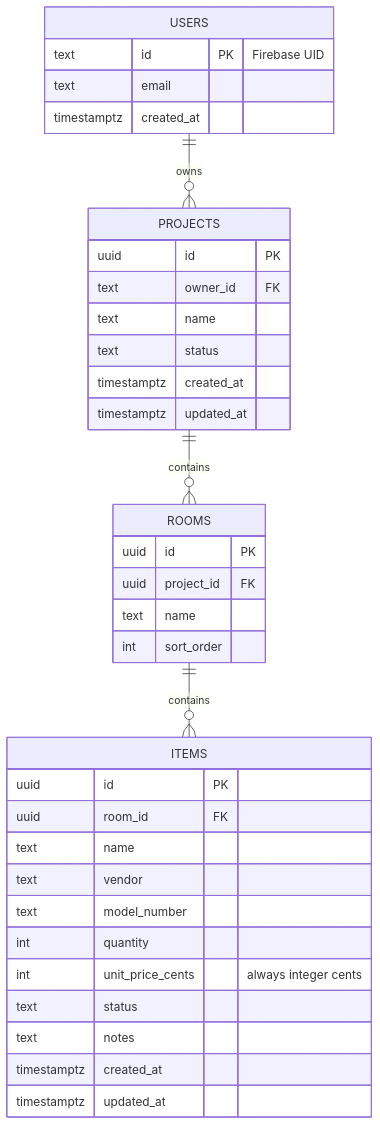
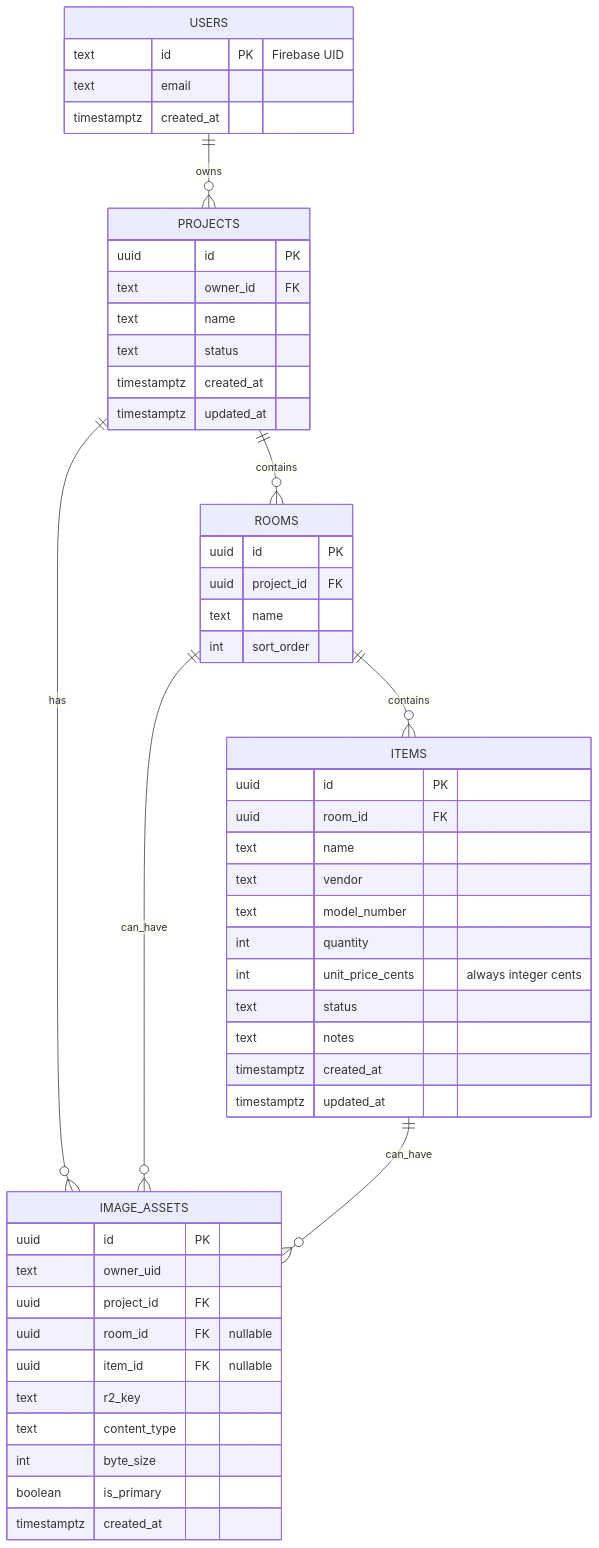
Before and after one commit to cweber12/ff-e-builder: the fourth of 4 diagrams in docs/architecture.md, drawn with Mermaid. The commit also changed other lines of this file and 17 other files, not shown here.

First line of the commit message:
feat(images): add uploadable image frames across project views

````diff
--- a/docs/architecture.md
+++ b/docs/architecture.md
@@ -92,42 +101,58 @@
 ```mermaid
 erDiagram
   USERS {
     text id PK "Firebase UID"
     text email
     timestamptz created_at
   }
 
   PROJECTS {
     uuid id PK
     text owner_id FK
     text name
     text status
     timestamptz created_at
     timestamptz updated_at
   }
 
   ROOMS {
     uuid id PK
     uuid project_id FK
     text name
     int sort_order
   }
 
   ITEMS {
     uuid id PK
     uuid room_id FK
     text name
     text vendor
     text model_number
     int quantity
     int unit_price_cents "always integer cents"
     text status
     text notes
     timestamptz created_at
     timestamptz updated_at
   }
 
+  IMAGE_ASSETS {
+    uuid id PK
+    text owner_uid
+    uuid project_id FK
+    uuid room_id FK "nullable"
+    uuid item_id FK "nullable"
+    text r2_key
+    text content_type
+    int byte_size
+    boolean is_primary
+    timestamptz created_at
+  }
+
   USERS ||--o{ PROJECTS : owns
   PROJECTS ||--o{ ROOMS : contains
   ROOMS ||--o{ ITEMS : contains
+  PROJECTS ||--o{ IMAGE_ASSETS : has
+  ROOMS ||--o{ IMAGE_ASSETS : can_have
+  ITEMS ||--o{ IMAGE_ASSETS : can_have
 ```
````
